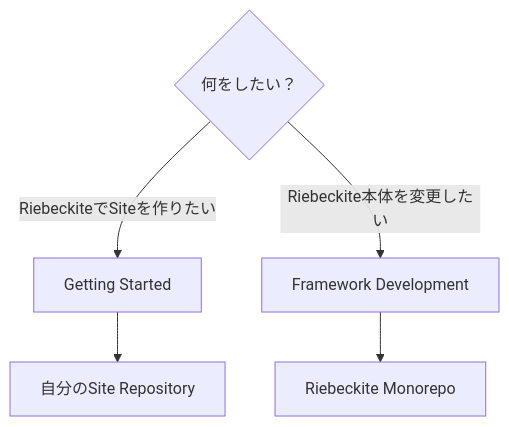
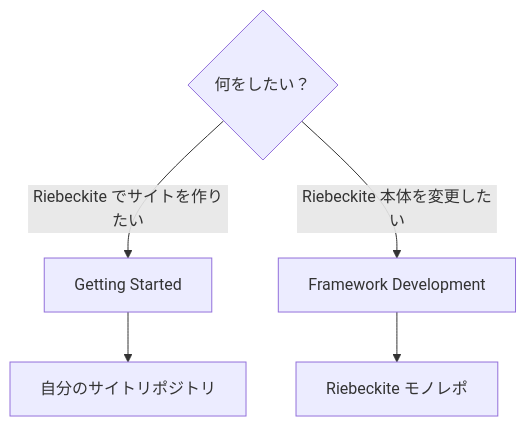
One commit to Rerurate514/riebeckite changed the first of 6 diagrams in docs/docs/framework/development.ja.md. Above: the diagram before and after it, drawn with Mermaid. The commit also changed other lines of this file and 310 other files, not shown here.

````diff
--- a/docs/docs/framework/development.ja.md
+++ b/docs/docs/framework/development.ja.md
@@ -22,10 +18,10 @@
 ```mermaid id="9tptx1"
 flowchart TD
     Q{"何をしたい？"}
 
-    Q -->|"RiebeckiteでSiteを作りたい"| User["Getting Started"]
-    Q -->|"Riebeckite本体を変更したい"| Dev["Framework Development"]
+    Q -->|"Riebeckite でサイトを作りたい"| User["Getting Started"]
+    Q -->|"Riebeckite 本体を変更したい"| Dev["Framework Development"]
 
-    User --> Site["自分のSite Repository"]
-    Dev --> Repo["Riebeckite Monorepo"]
+    User --> Site["自分のサイトリポジトリ"]
+    Dev --> Repo["Riebeckite モノレポ"]
 ```
````
